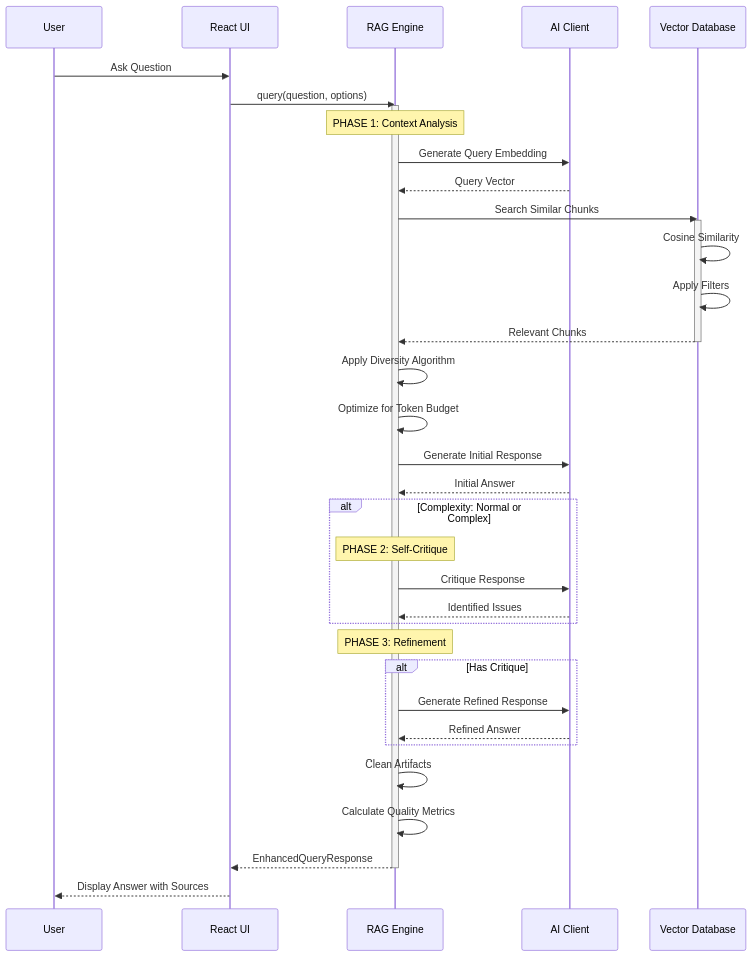
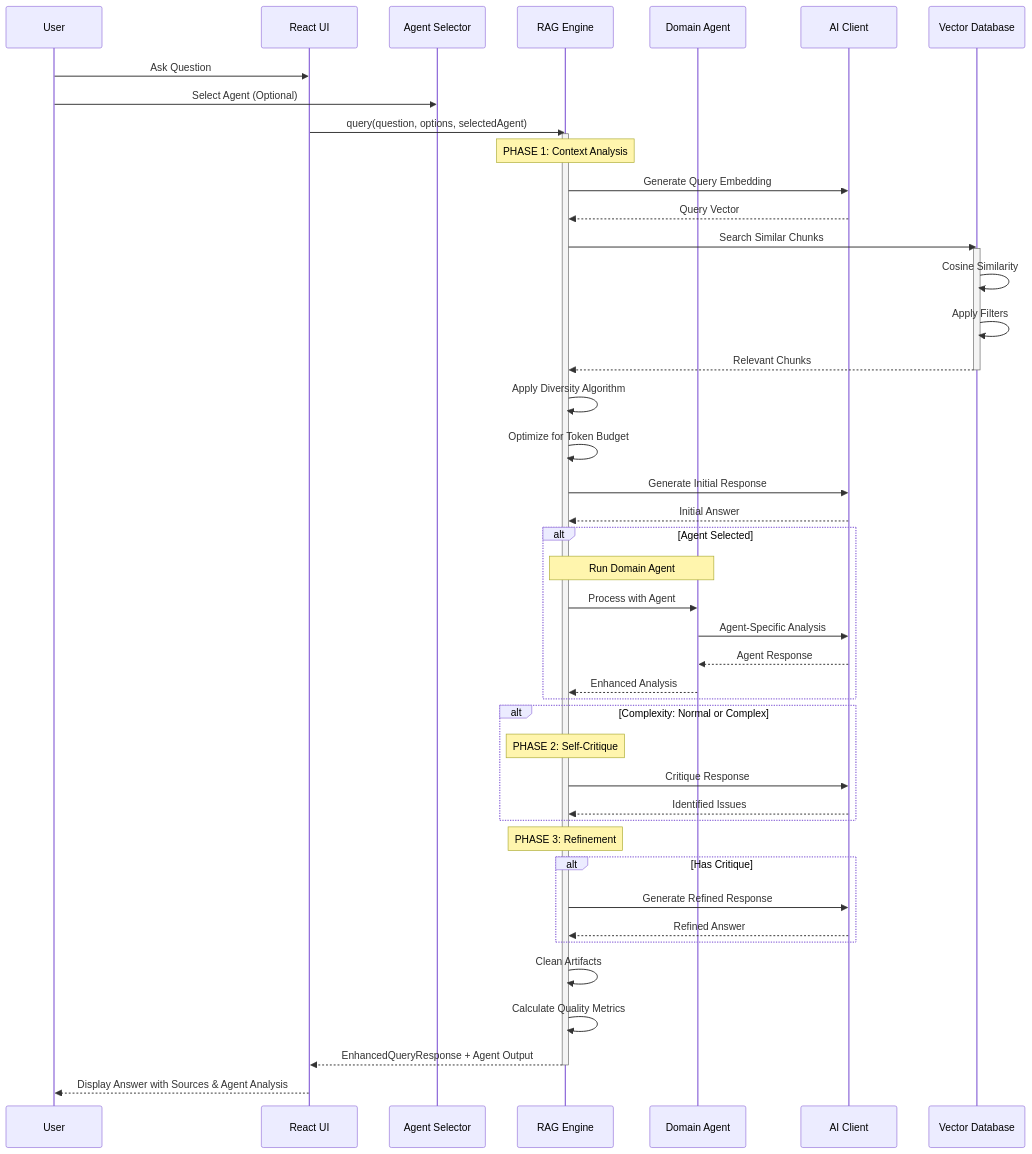
The sixth of 16 diagrams in docs/ARCHITECTURE_FLOWS.md (Kedhareswer/QuantumPDF_ChatApp_VectorDB), drawn with Mermaid before and after one commit. The commit also changed other lines of this file and 58 other files, not shown here.

````diff
--- a/docs/ARCHITECTURE_FLOWS.md
+++ b/docs/ARCHITECTURE_FLOWS.md
@@ -264,48 +320,59 @@
 ```mermaid
 sequenceDiagram
     participant User
     participant UI as React UI
+    participant AGENT_SEL as Agent Selector
     participant RAG as RAG Engine
+    participant AGENT as Domain Agent
     participant AI as AI Client
     participant VDB as Vector Database
 
     User->>UI: Ask Question
-    UI->>RAG: query(question, options)
+    User->>AGENT_SEL: Select Agent (Optional)
+    UI->>RAG: query(question, options, selectedAgent)
 
     activate RAG
 
     Note over RAG: PHASE 1: Context Analysis
     RAG->>AI: Generate Query Embedding
     AI-->>RAG: Query Vector
 
     RAG->>VDB: Search Similar Chunks
     activate VDB
     VDB->>VDB: Cosine Similarity
     VDB->>VDB: Apply Filters
     VDB-->>RAG: Relevant Chunks
     deactivate VDB
 
     RAG->>RAG: Apply Diversity Algorithm
     RAG->>RAG: Optimize for Token Budget
     RAG->>AI: Generate Initial Response
     AI-->>RAG: Initial Answer
 
+    alt Agent Selected
+        Note over RAG,AGENT: Run Domain Agent
+        RAG->>AGENT: Process with Agent
+        AGENT->>AI: Agent-Specific Analysis
+        AI-->>AGENT: Agent Response
+        AGENT-->>RAG: Enhanced Analysis
+    end
+
     alt Complexity: Normal or Complex
         Note over RAG: PHASE 2: Self-Critique
         RAG->>AI: Critique Response
         AI-->>RAG: Identified Issues
     end
 
     Note over RAG: PHASE 3: Refinement
     alt Has Critique
         RAG->>AI: Generate Refined Response
         AI-->>RAG: Refined Answer
     end
 
     RAG->>RAG: Clean Artifacts
     RAG->>RAG: Calculate Quality Metrics
-    RAG-->>UI: EnhancedQueryResponse
+    RAG-->>UI: EnhancedQueryResponse + Agent Output
     deactivate RAG
 
-    UI-->>User: Display Answer with Sources
+    UI-->>User: Display Answer with Sources & Agent Analysis
 ```
````
